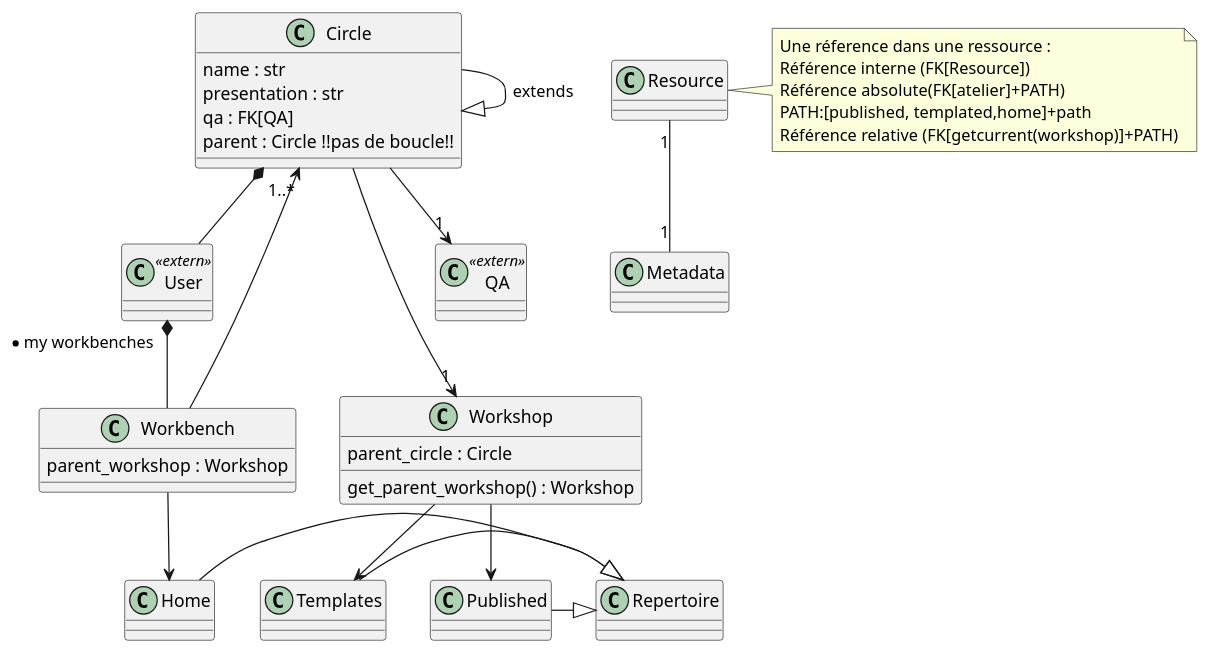
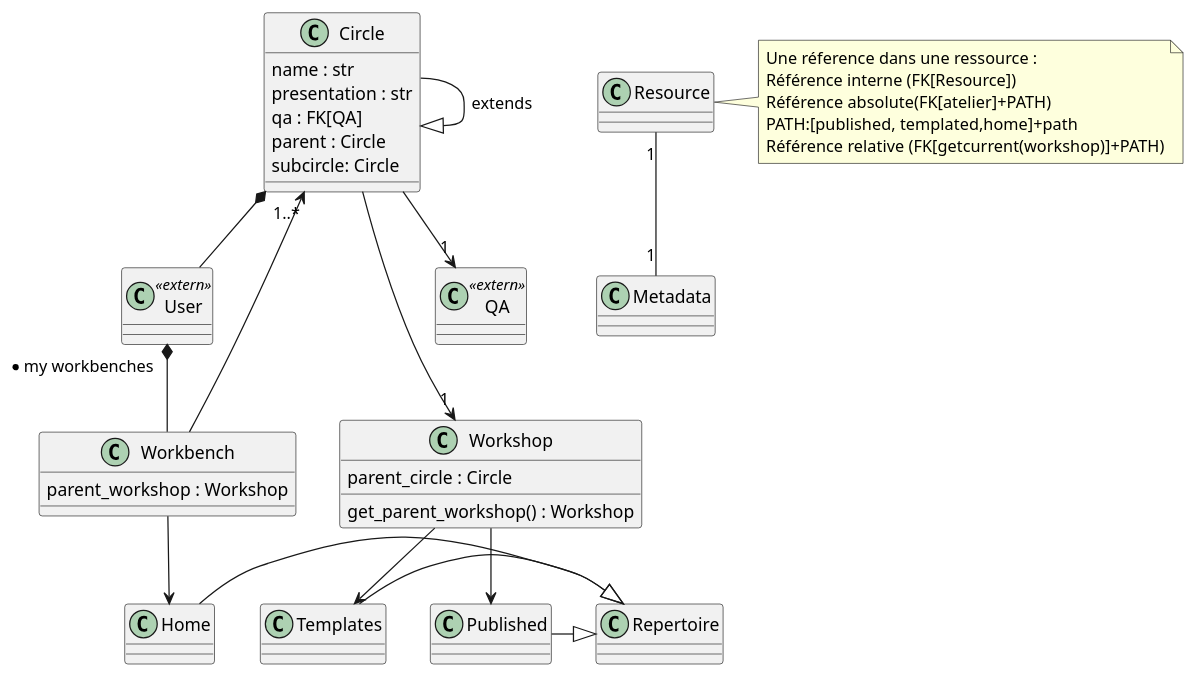
The diagram in diagrammes/resources/recap_circles.puml (PremierLangage/platon-conception), drawn with PlantUML before and after one commit.

```diff
--- a/diagrammes/resources/recap_circles.puml
+++ b/diagrammes/resources/recap_circles.puml
@@ -1,51 +1,52 @@
 @startuml
 
 class User <<extern>> {}
 
 class Circle {
    name : str
    presentation : str
    qa : FK[QA]
-   parent : Circle !!pas de boucle!!
+   parent : Circle 
+   subcircle: Circle
 }
 
 
 Circle *-- User
 
 class Workbench {
     parent_workshop : Workshop
 }
 
 class Workshop {
     parent_circle : Circle
     get_parent_workshop() : Workshop
 }
 
 class QA <<extern>> {}
 
 Circle --> "1" Workshop
 Circle --> "1" QA
 
 class Published {}
 class Templates {}
 class Home {}
 class Repertoire {}
 
 Home -|> Repertoire
 Templates -|> Repertoire
 Published -|> Repertoire
 
 Circle "1..*" <-- Workbench
 User "* my workbenches" *-- Workbench
 
 Workbench --> Home
 Workshop --> Published
 Workshop --> Templates
 
 Circle -|> Circle : extends
 
 Resource "1" -- "1" Metadata
 
 note right of Resource : Une réference dans une ressource :\nRéférence interne (FK[Resource])\nRéférence absolute(FK[atelier]+PATH)\nPATH:[published, templated,home]+path\nRéférence relative (FK[getcurrent(workshop)]+PATH)
 
 @enduml
```
